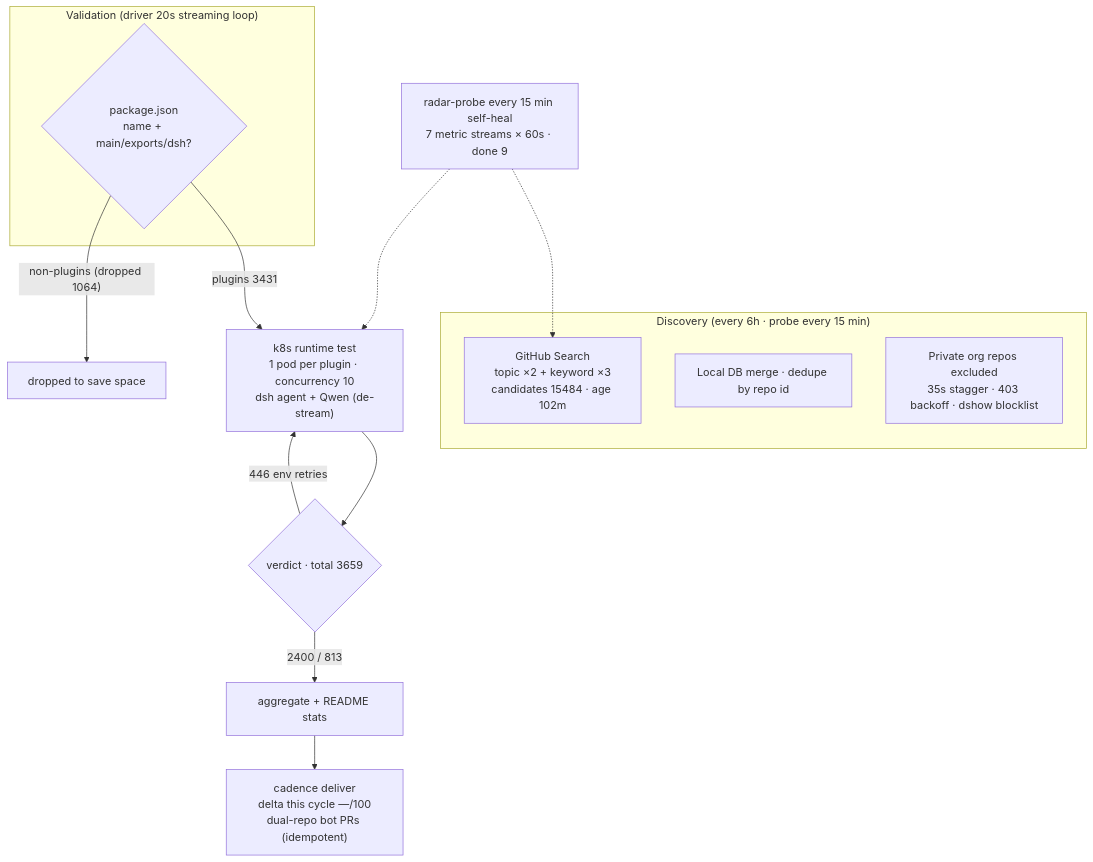
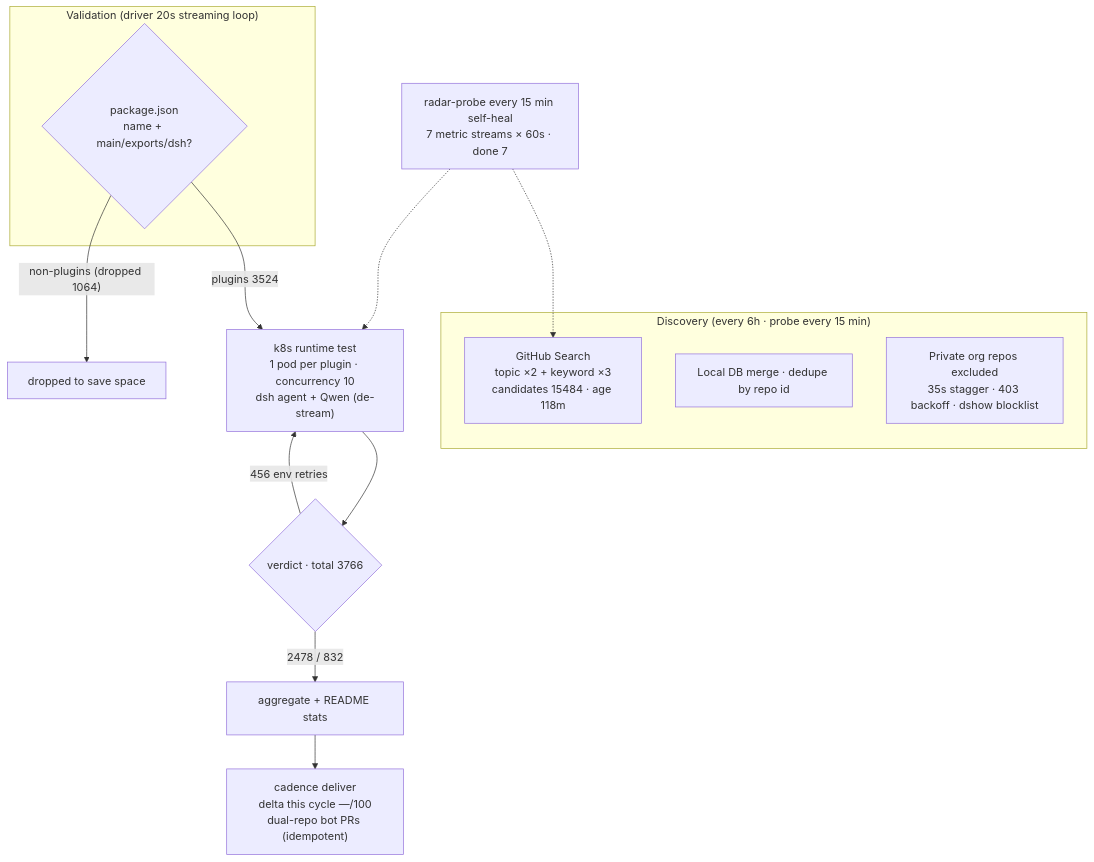
Before and after one commit to AdamPlatin123/awesome-dsh-plugins: the diagram in README.en-US.md, drawn with Mermaid. The commit also changed other lines of this file and 5 other files, not shown here.

````diff
--- a/README.en-US.md
+++ b/README.en-US.md
@@ -30,20 +30,20 @@
 ```mermaid
 flowchart TB
     subgraph Discovery["Discovery (every 6h · probe every 15 min)"]
-        A1["GitHub Search<br/>topic ×2 + keyword ×3<br/>candidates 15484 · age 102m"]
+        A1["GitHub Search<br/>topic ×2 + keyword ×3<br/>candidates 15484 · age 118m"]
         A2["Local DB merge · dedupe by repo id"]
         A3["Private org repos excluded<br/>35s stagger · 403 backoff · dshow blocklist"]
     end
     subgraph Validation["Validation (driver 20s streaming loop)"]
         B1{"package.json<br/>name + main/exports/dsh?"}
     end
-    B1 -->|"plugins 3431"| C1["k8s runtime test<br/>1 pod per plugin · concurrency 10<br/>dsh agent + Qwen (de-stream)"]
+    B1 -->|"plugins 3524"| C1["k8s runtime test<br/>1 pod per plugin · concurrency 10<br/>dsh agent + Qwen (de-stream)"]
     B1 -->|"non-plugins (dropped 1064)"| B3["dropped to save space"]
-    C1 --> D1{"verdict · total 3659"}
-    D1 -->|"2400 / 813"| E1["aggregate + README stats"]
-    D1 -->|"446 env retries"| C1
+    C1 --> D1{"verdict · total 3766"}
+    D1 -->|"2478 / 832"| E1["aggregate + README stats"]
+    D1 -->|"456 env retries"| C1
     E1 --> E2["cadence deliver<br/>delta this cycle —/100<br/>dual-repo bot PRs (idempotent)"]
-    M["radar-probe every 15 min self-heal<br/>7 metric streams × 60s · done 9"]
+    M["radar-probe every 15 min self-heal<br/>7 metric streams × 60s · done 7"]
     M -.-> A1
     M -.-> C1
 ```
````
